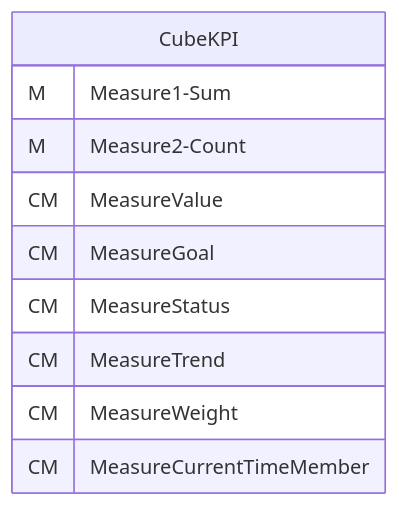
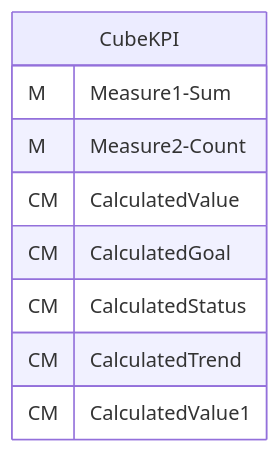
One commit to xmla-services/workground changed the first of 3 diagrams in demo/server/catalogs/tutorial_30_Cube_KPI/README.MD. Above: the diagram before and after it, drawn with Mermaid. The commit also changed other lines of this file and 1 other file, not shown here.

````diff
--- a/demo/server/catalogs/tutorial_30_Cube_KPI/README.MD
+++ b/demo/server/catalogs/tutorial_30_Cube_KPI/README.MD
@@ -25,24 +57,23 @@
 ```mermaid
 %%{init: {
 "theme": "default",
 "themeCSS": [
     ".er.entityBox {stroke: black;}",
     ".er.attributeBoxEven {stroke: black;}",
     ".er.attributeBoxOdd {stroke: black;}",
     "[id^=entity-c] .er.entityBox { fill: lightgreen;} ",
     "[id^=entity-d] .er.entityBox { fill: powderblue;} ",
     "[id^=entity-h] .er.entityBox { fill: pink;} "
 ]
 }}%%
 erDiagram
 c0["CubeKPI"]{
 M Measure1-Sum ""
 M Measure2-Count ""
-CM MeasureValue ""
-CM MeasureGoal ""
-CM MeasureStatus ""
-CM MeasureTrend ""
-CM MeasureWeight ""
-CM MeasureCurrentTimeMember ""
+CM CalculatedValue ""
+CM CalculatedGoal ""
+CM CalculatedStatus ""
+CM CalculatedTrend ""
+CM CalculatedValue1 ""
 }
 ```
````
